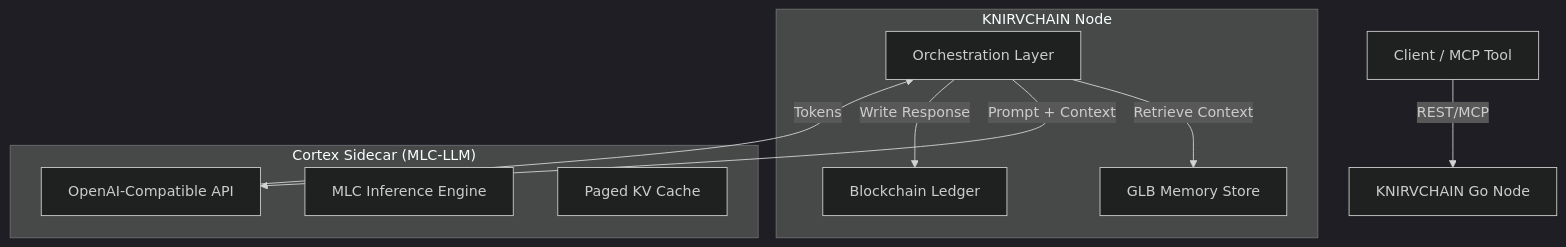
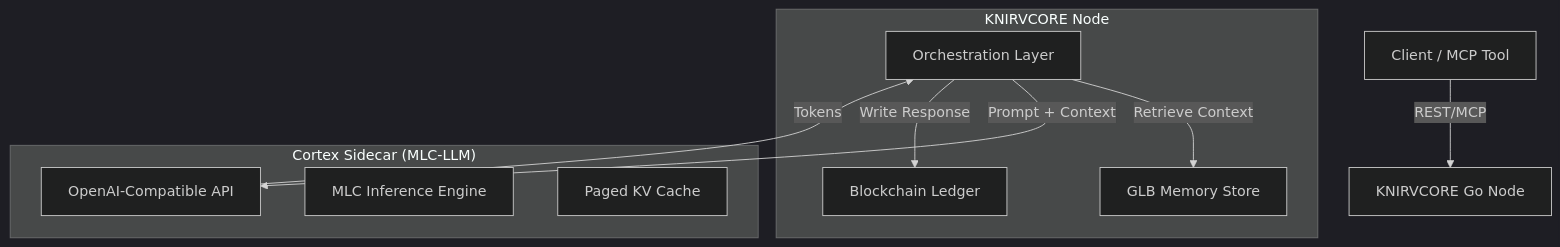
One commit to guiperry/KNIRV_NETWORK changed the diagram in packages/KNIRVCORE/MLC-LLM_INTEGRATION.md. Above: the diagram before and after it, drawn with Mermaid (dark theme). The commit also changed other lines of this file and 116 other files, not shown here.

````diff
--- a/packages/KNIRVCORE/MLC-LLM_INTEGRATION.md
+++ b/packages/KNIRVCORE/MLC-LLM_INTEGRATION.md
@@ -17,22 +17,22 @@
 ```mermaid
 graph TD
-    User[Client / MCP Tool] -->|REST/MCP| Node[KNIRVCHAIN Go Node]
+    User[Client / MCP Tool] -->|REST/MCP| Node[KNIRVCORE Go Node]
     
-    subgraph "KNIRVCHAIN Node"
+    subgraph "KNIRVCORE Node"
         Orchestrator[Orchestration Layer]
         MemStore[GLB Memory Store]
         Chain[Blockchain Ledger]
     end
     
     subgraph "Cortex Sidecar (MLC-LLM)"
         API[OpenAI-Compatible API]
         Engine[MLC Inference Engine]
         KVCache[Paged KV Cache]
     end
     
     Orchestrator -->|Retrieve Context| MemStore
     Orchestrator -->|Prompt + Context| API
     API -->|Tokens| Orchestrator
     Orchestrator -->|Write Response| Chain
 
 ```
````
